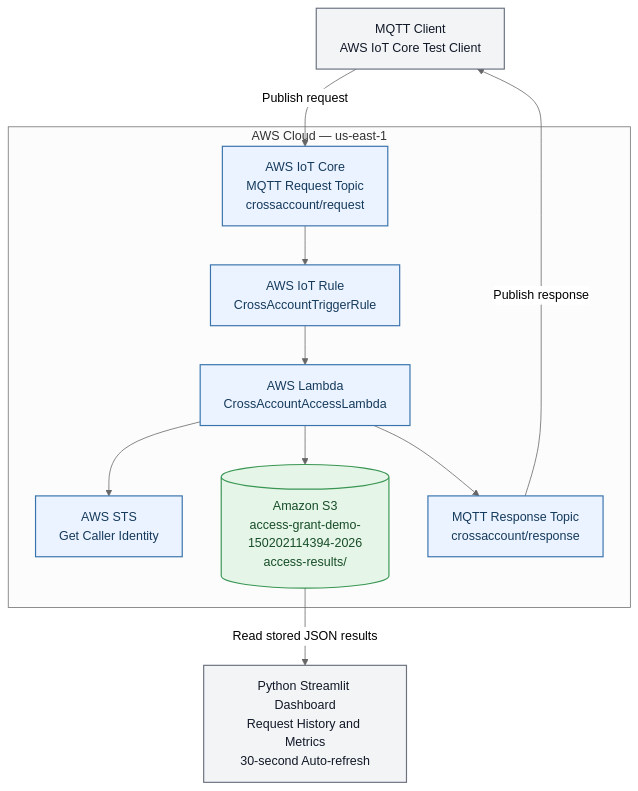
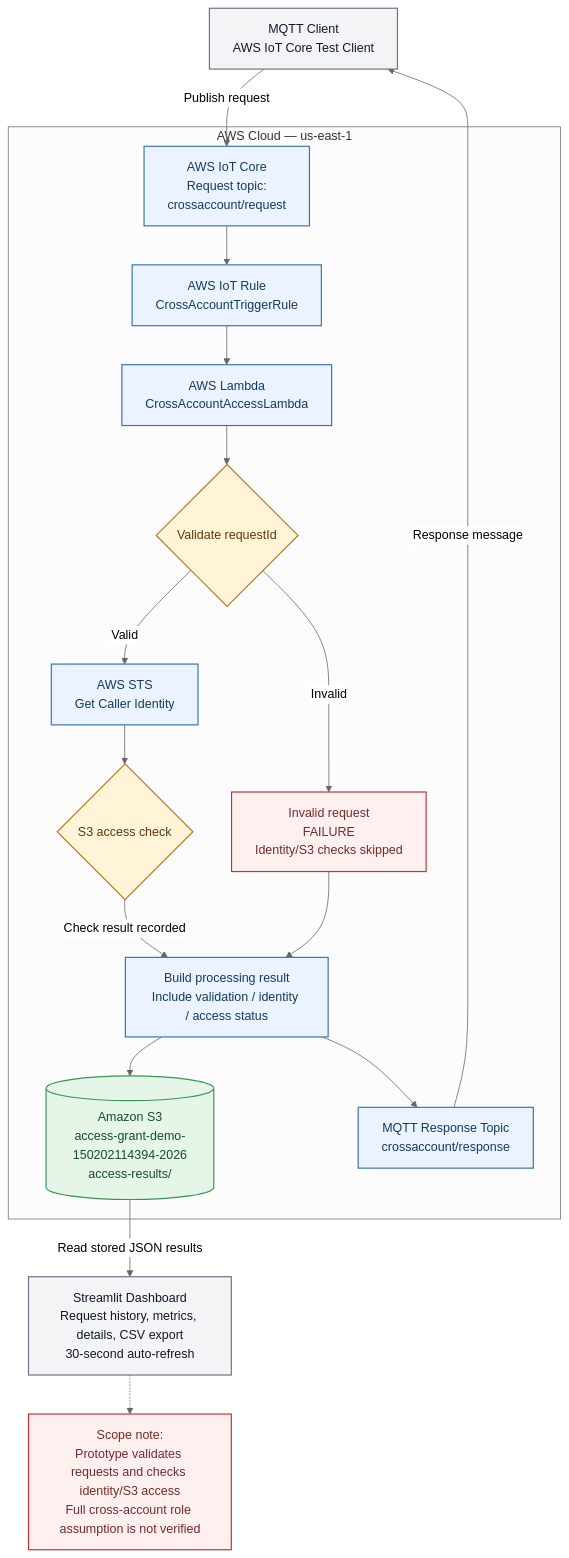
One commit to sairajbitla6-2007/cross-account_access_grant_display changed the diagram in docs/architecture/aws_architecture.mmd. Above: the diagram before and after it, drawn with Mermaid (neutral theme). The commit also changed 6 other files, not shown here.

Commit message:
Update dashboard validation and project documentation

```diff
--- a/docs/architecture/aws_architecture.mmd
+++ b/docs/architecture/aws_architecture.mmd
@@ -1,35 +1,51 @@
 ---
 config:
   layout: dagre
 ---
 flowchart TD
     A["MQTT Client<br/>AWS IoT Core Test Client"]
 
     subgraph AWS["AWS Cloud — us-east-1"]
-        B["AWS IoT Core<br/>MQTT Request Topic<br/>crossaccount/request"]
+        B["AWS IoT Core<br/>Request topic:<br/>crossaccount/request"]
         C["AWS IoT Rule<br/>CrossAccountTriggerRule"]
         D["AWS Lambda<br/>CrossAccountAccessLambda"]
+        V{"Validate requestId"}
+        X["Invalid request<br/>FAILURE<br/>Identity/S3 checks skipped"]
         E["AWS STS<br/>Get Caller Identity"]
+        S{"S3 access check"}
         F[("Amazon S3<br/>access-grant-demo-150202114394-2026<br/>access-results/")]
+        R["Build processing result<br/>Include validation / identity / access status"]
         G["MQTT Response Topic<br/>crossaccount/response"]
 
         B --> C
         C --> D
-        D --> E
-        D --> F
-        D --> G
+        D --> V
+        V -->|"Invalid"| X
+        V -->|"Valid"| E
+        E --> S
+        S -->|"Check result recorded"| R
+        X --> R
+        R --> F
+        R --> G
     end
 
-    H["Python Streamlit Dashboard<br/>Request History and Metrics<br/>30-second Auto-refresh"]
+    H["Streamlit Dashboard<br/>Request history, metrics, details, CSV export<br/>30-second auto-refresh"]
 
     A -->|"Publish request"| B
-    G -->|"Publish response"| A
+    G -->|"Response message"| A
     F -->|"Read stored JSON results"| H
+
+    N["Scope note:<br/>Prototype validates requests and checks identity/S3 access<br/>Full cross-account role assumption is not verified"]
+    H -.-> N
 
     classDef aws fill:#EAF3FF,stroke:#3973AC,color:#163A5C,stroke-width:1.5px
     classDef storage fill:#E5F5E8,stroke:#399653,color:#174D27,stroke-width:1.5px
     classDef client fill:#F3F4F6,stroke:#6B7280,color:#111827,stroke-width:1.5px
+    classDef decision fill:#FFF4D6,stroke:#B7791F,color:#5F370E,stroke-width:1.5px
+    classDef warning fill:#FFF0F0,stroke:#C53030,color:#742A2A,stroke-width:1.5px
 
-    class B,C,D,E,G aws
+    class B,C,D,E,R,G aws
     class F storage
     class A,H client
+    class V,S decision
+    class X,N warning
```
